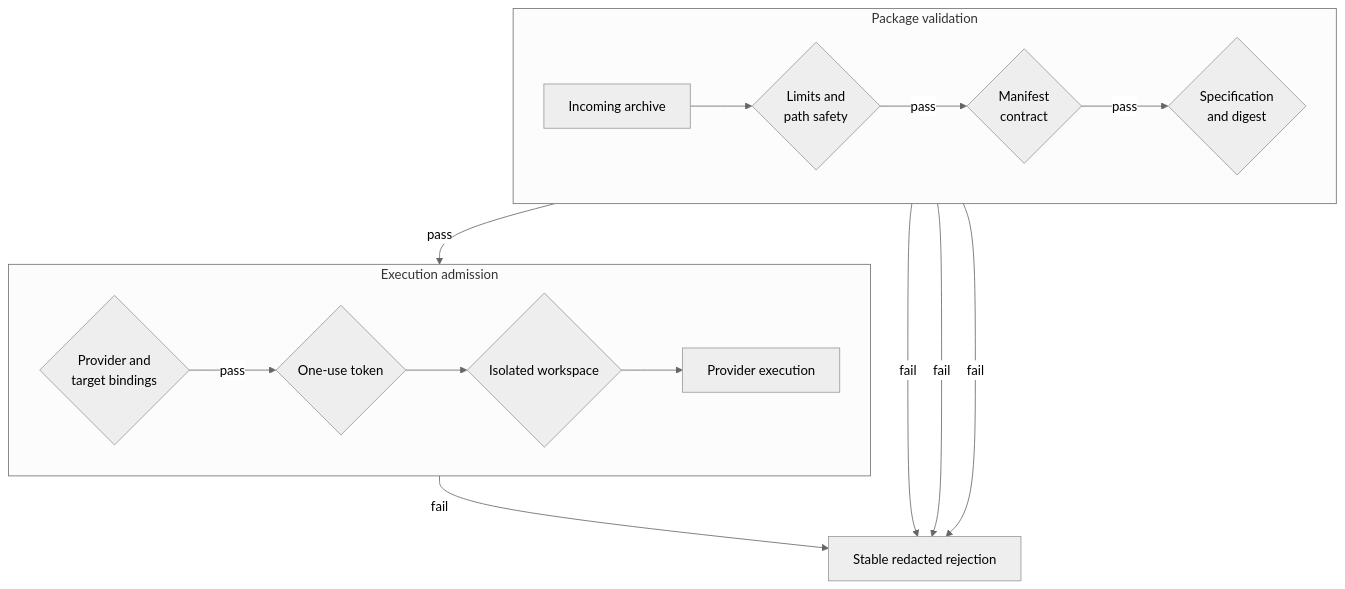
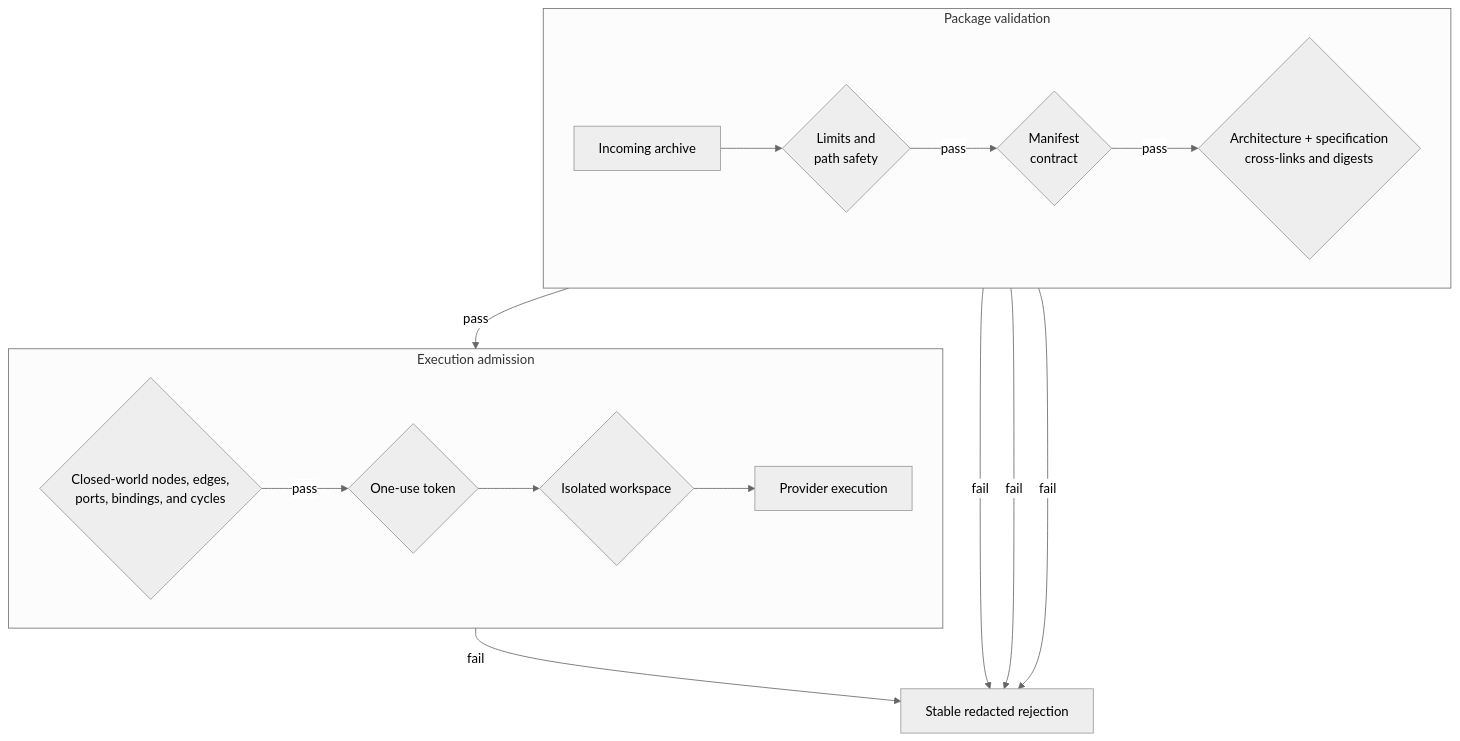
One commit to TVJunkie724/master-thesis changed the third of 3 diagrams in docs-site/docs/contracts-and-data-flow/deployment-lifecycle.md. Above: the diagram before and after it, drawn with Mermaid (neutral theme). The commit also changed other lines of this file and 167 other files, not shown here.

First line of the commit message:
[AI-0803-GRAPH] feat(phase-8): compile deployment graphs before terraform

````diff
--- a/docs-site/docs/contracts-and-data-flow/deployment-lifecycle.md
+++ b/docs-site/docs/contracts-and-data-flow/deployment-lifecycle.md
@@ -67,21 +76,21 @@
 ```mermaid
 flowchart TD
     subgraph PackageValidation["Package validation"]
         direction LR
         Archive["Incoming archive"] --> Limits{"Limits and<br/>path safety"}
         Limits -->|"pass"| Manifest{"Manifest<br/>contract"}
-        Manifest -->|"pass"| Specification{"Specification<br/>and digest"}
+        Manifest -->|"pass"| Contracts{"Architecture + specification<br/>cross-links and digests"}
     end
 
     subgraph ExecutionAdmission["Execution admission"]
         direction LR
-        Bindings{"Provider and<br/>target bindings"} -->|"pass"| Token{"One-use token"}
+        Graph{"Closed-world nodes, edges,<br/>ports, bindings, and cycles"} -->|"pass"| Token{"One-use token"}
         Token --> Workspace{"Isolated workspace"} --> Execute["Provider execution"]
     end
 
-    Specification -->|"pass"| Bindings
+    Contracts -->|"pass"| Graph
     Limits -->|"fail"| Reject["Stable redacted rejection"]
     Manifest -->|"fail"| Reject
-    Specification -->|"fail"| Reject
-    Bindings -->|"fail"| Reject
+    Contracts -->|"fail"| Reject
+    Graph -->|"fail"| Reject
 ```
````
